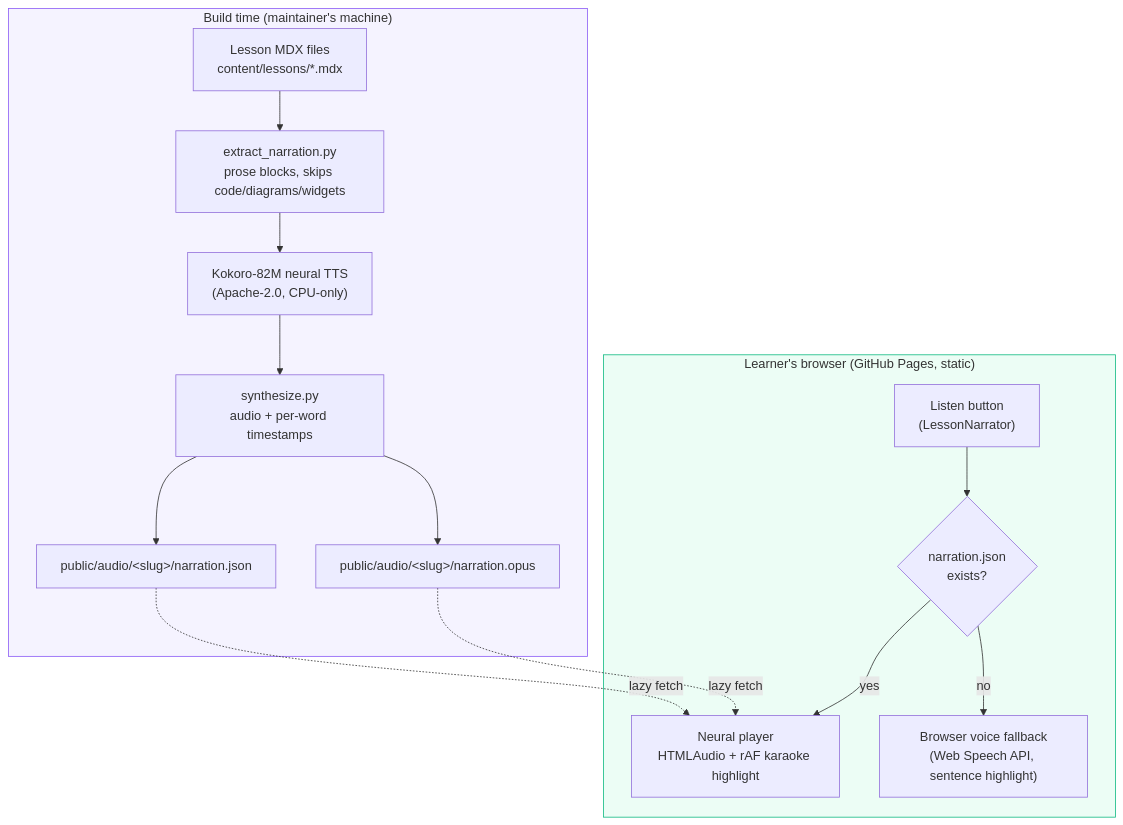
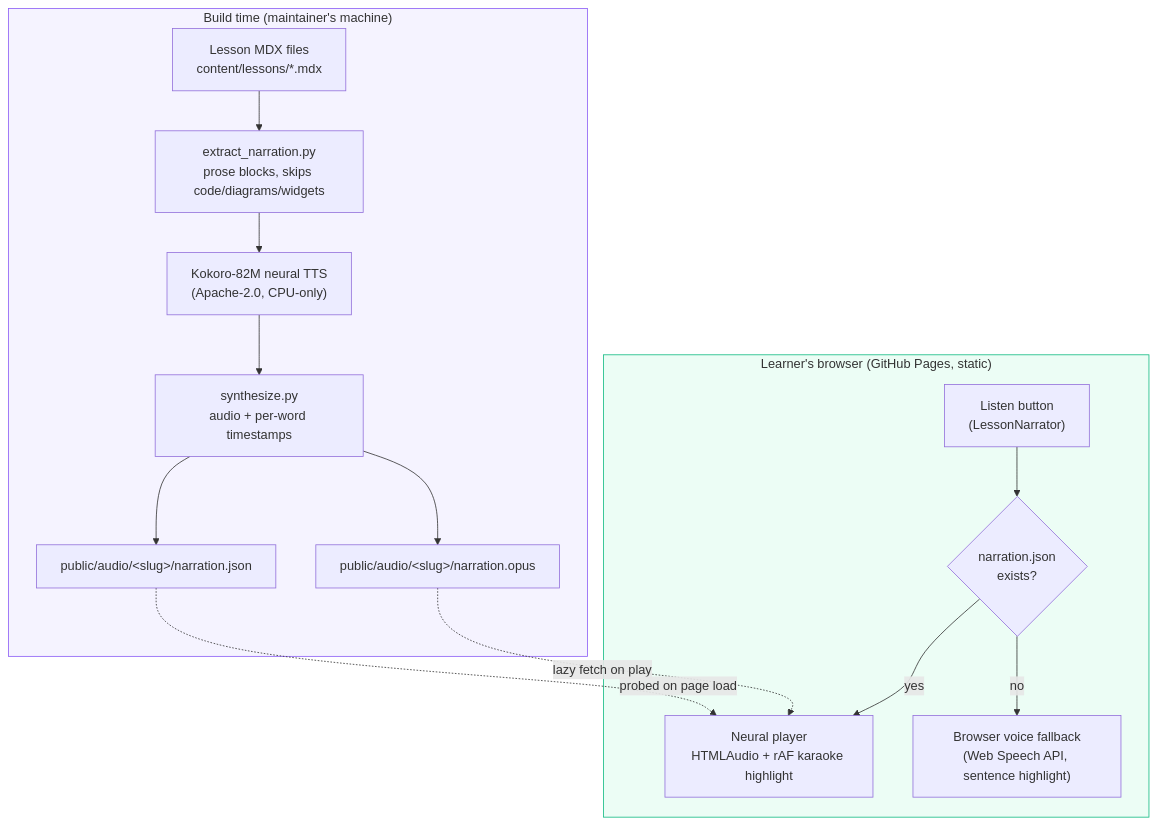
One commit to veeresh-bikkaneti/system-design-and-architecture changed the diagram in docs/listen-natural-tts.md. Above: the diagram before and after it, drawn with Mermaid. The commit also changed other lines of this file and 4 other files, not shown here.

````diff
--- a/docs/listen-natural-tts.md
+++ b/docs/listen-natural-tts.md
@@ -9,27 +9,27 @@
 ```mermaid
 flowchart TB
     subgraph BUILD["Build time (maintainer's machine)"]
         MDX["Lesson MDX files<br/>content/lessons/*.mdx"]
         EXT["extract_narration.py<br/>prose blocks, skips code/diagrams/widgets"]
         KOK["Kokoro-82M neural TTS<br/>(Apache-2.0, CPU-only)"]
         SYN["synthesize.py<br/>audio + per-word timestamps"]
         MDX --> EXT --> KOK --> SYN
         SYN --> OPUS["public/audio/&lt;slug&gt;/narration.opus"]
         SYN --> JSON["public/audio/&lt;slug&gt;/narration.json"]
     end
 
     subgraph SITE["Learner's browser (GitHub Pages, static)"]
         BTN["Listen button<br/>(LessonNarrator)"]
         PROBE{"narration.json<br/>exists?"}
         PLAYER["Neural player<br/>HTMLAudio + rAF karaoke highlight"]
         FALLBACK["Browser voice fallback<br/>(Web Speech API, sentence highlight)"]
         BTN --> PROBE
         PROBE -->|yes| PLAYER
         PROBE -->|no| FALLBACK
-        OPUS -.->|lazy fetch| PLAYER
-        JSON -.->|lazy fetch| PLAYER
+        OPUS -.->|lazy fetch on play| PLAYER
+        JSON -.->|probed on page load| PLAYER
     end
 
     style BUILD fill:#f5f3ff,stroke:#8b5cf6
     style SITE fill:#ecfdf5,stroke:#10b981
 ```
````
